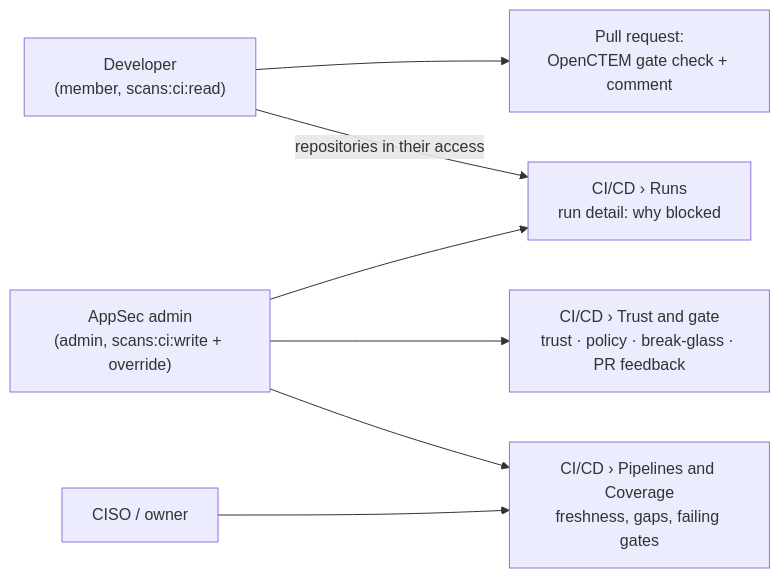
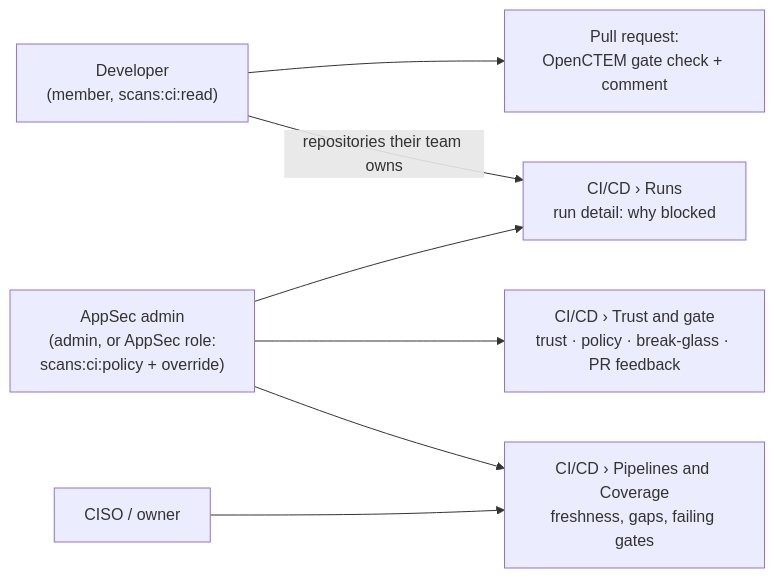
One commit to openctemio/docs changed the first of 3 diagrams in scanning/ci-integration.md. Above: the diagram before and after it, drawn with Mermaid. The commit also changed other lines of this file and 46 other files, not shown here.

````diff
--- a/scanning/ci-integration.md
+++ b/scanning/ci-integration.md
@@ -38,16 +38,16 @@
 ```mermaid
 flowchart LR
   dev["Developer<br/>(member, scans:ci:read)"]
-  sec["AppSec admin<br/>(admin, scans:ci:write + override)"]
+  sec["AppSec admin<br/>(admin, or AppSec role:<br/>scans:ci:policy + override)"]
   ciso["CISO / owner"]
   pr["Pull request:<br/>OpenCTEM gate check + comment"]
   runs["CI/CD › Runs<br/>run detail: why blocked"]
   setup["CI/CD › Trust and gate<br/>trust · policy · break-glass · PR feedback"]
   cov["CI/CD › Pipelines and Coverage<br/>freshness, gaps, failing gates"]
   dev --> pr
-  dev -->|repositories in their access| runs
+  dev -->|repositories their team owns| runs
   sec --> setup
   sec --> runs
   sec --> cov
   ciso --> cov
 ```
````
